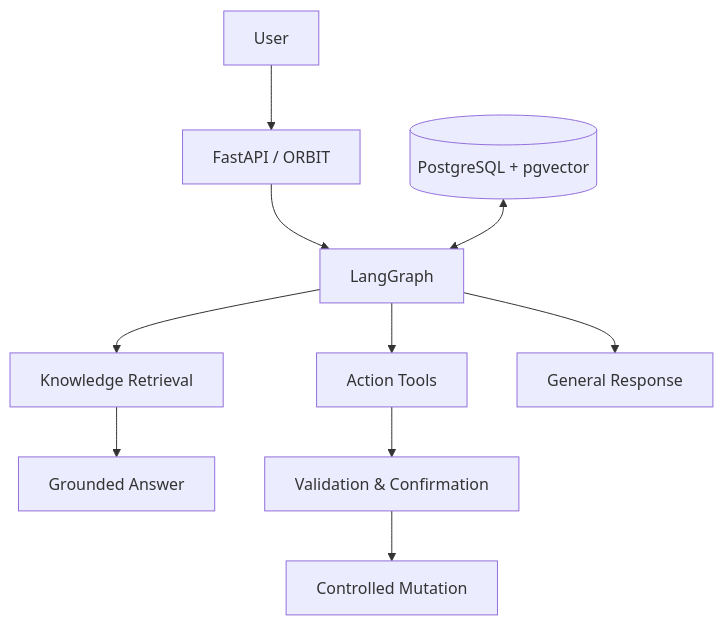
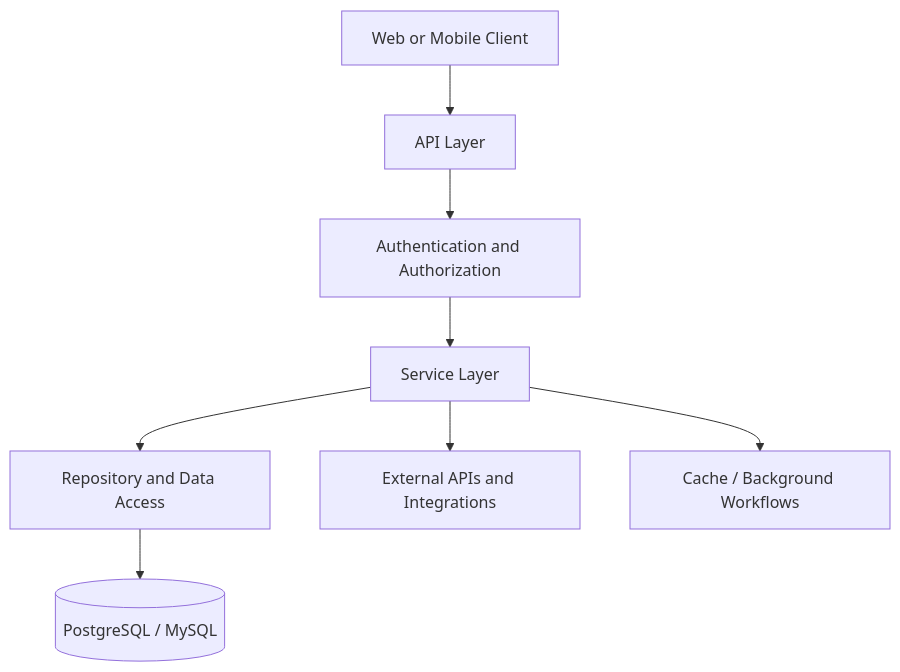
The first of 2 diagrams in README.md (Aravindan-001/Aravindan-001), drawn with Mermaid before and after one commit. The commit also changed other lines of this file, not shown here.

````diff
--- a/README.md
+++ b/README.md
@@ -273,12 +275,10 @@
 ```mermaid
 flowchart TD
-    A[User] --> B[FastAPI / ORBIT]
-    B --> C[LangGraph]
-    C --> D[Knowledge Retrieval]
-    C --> E[Action Tools]
-    C --> F[General Response]
-    D --> G[Grounded Answer]
-    E --> H[Validation & Confirmation]
-    H --> I[Controlled Mutation]
-    J[(PostgreSQL + pgvector)] <--> C
+    A[Web or Mobile Client] --> B[API Layer]
+    B --> C[Authentication and Authorization]
+    C --> D[Service Layer]
+    D --> E[Repository and Data Access]
+    E --> F[(PostgreSQL / MySQL)]
+    D --> G[External APIs and Integrations]
+    D --> H[Cache / Background Workflows]
 ```
````
